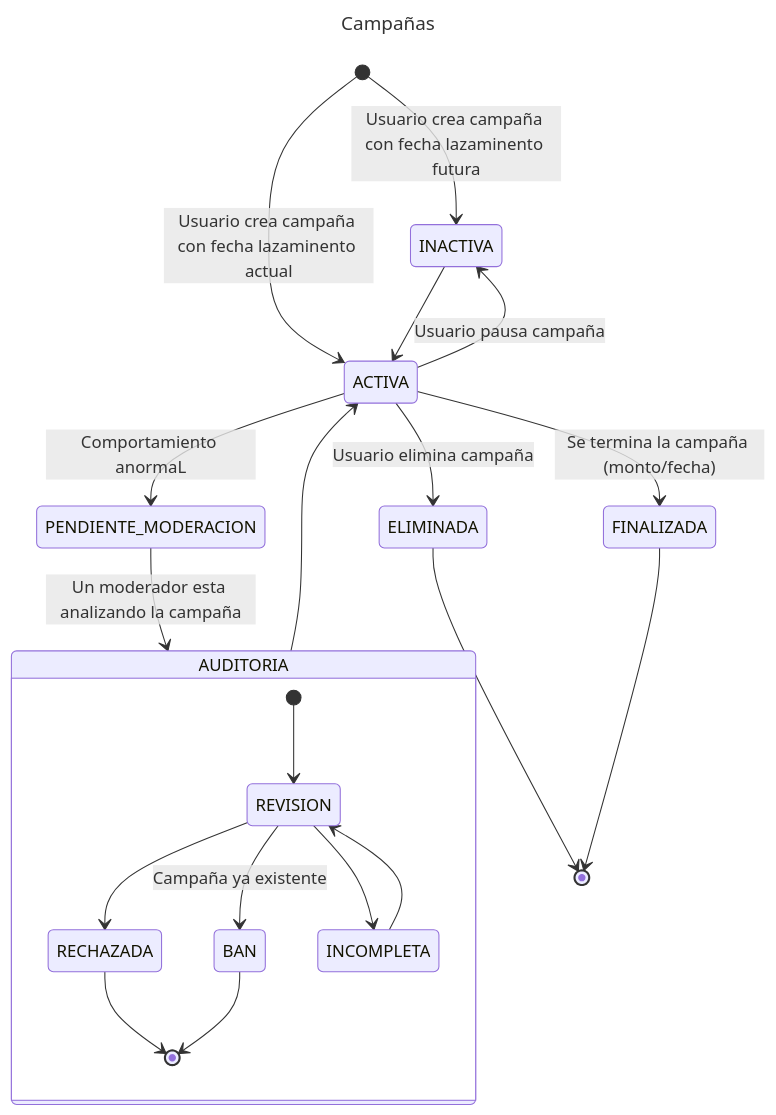
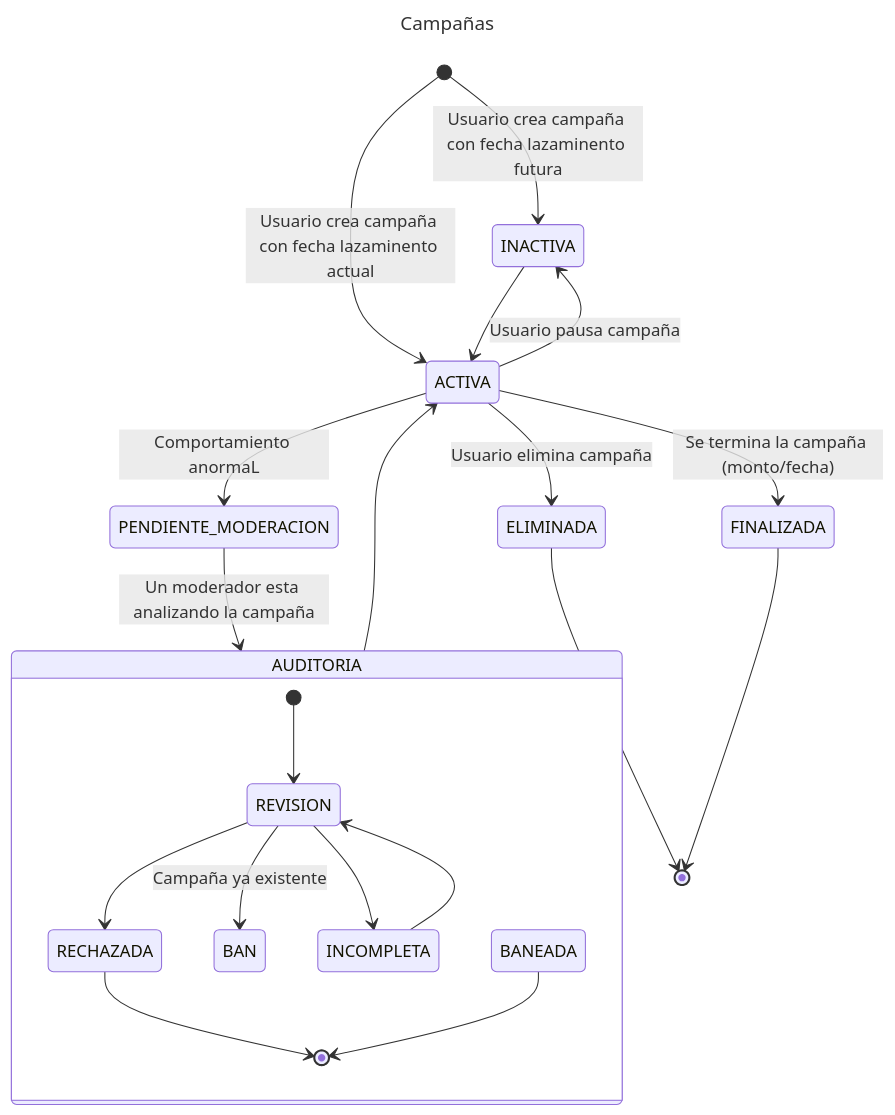
Before and after one commit to francoo27/give: the diagram in documentation/maquina-de-estados-campaña.md, drawn with Mermaid.

````diff
--- a/documentation/maquina-de-estados-campaña.md
+++ b/documentation/maquina-de-estados-campaña.md
@@ -1,37 +1,37 @@
 ```mermaid
 ---
 title: Campañas
 ---
 
 stateDiagram-v2
 
     [*] --> INACTIVA: Usuario crea campaña con fecha lazaminento futura
     [*] --> ACTIVA: Usuario crea campaña con fecha lazaminento actual
 
     INACTIVA --> ACTIVA
     ACTIVA --> INACTIVA: Usuario pausa campaña
 
     PENDIENTE_MODERACION --> AUDITORIA : Un moderador esta analizando la campaña
 
     state AUDITORIA {
         [*] --> REVISION
         REVISION --> RECHAZADA
         REVISION --> BAN: Campaña ya existente
         REVISION --> INCOMPLETA
         INCOMPLETA --> REVISION
         RECHAZADA --> [*]
-        BAN --> [*]
+        BANEADA --> [*]
     }
 
 
     AUDITORIA --> ACTIVA
 
     ACTIVA --> PENDIENTE_MODERACION: Comportamiento anormaL
 
     ACTIVA --> ELIMINADA: Usuario elimina campaña
 
     ACTIVA --> FINALIZADA: Se termina la campaña (monto/fecha)
 
     ELIMINADA --> [*]
     FINALIZADA --> [*]
 ```
````
